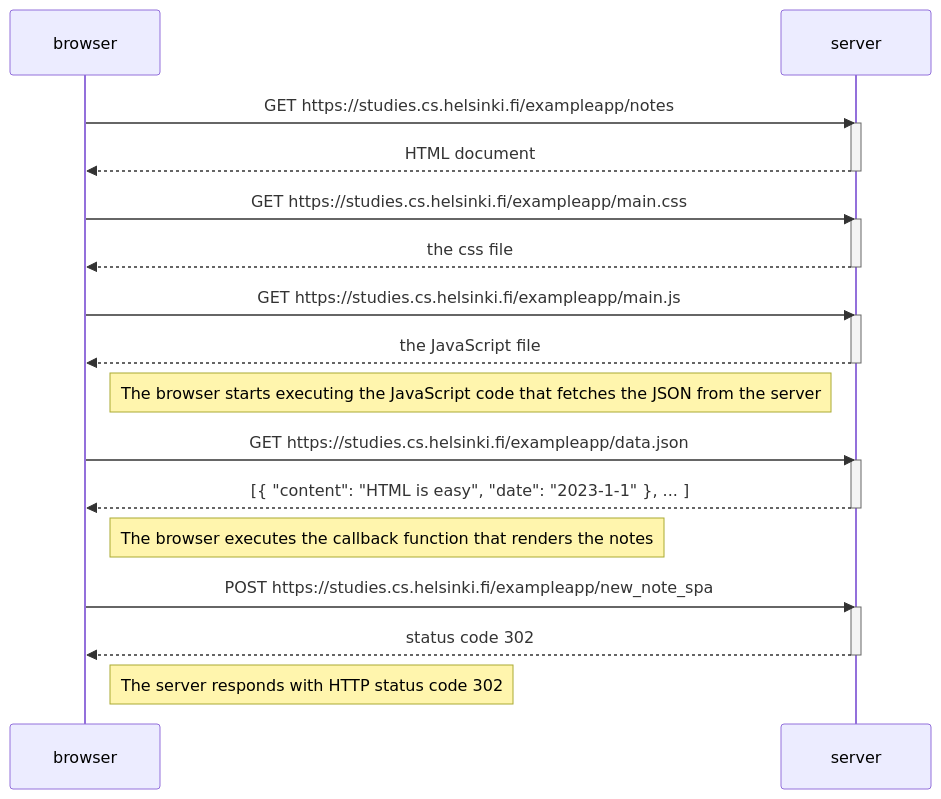
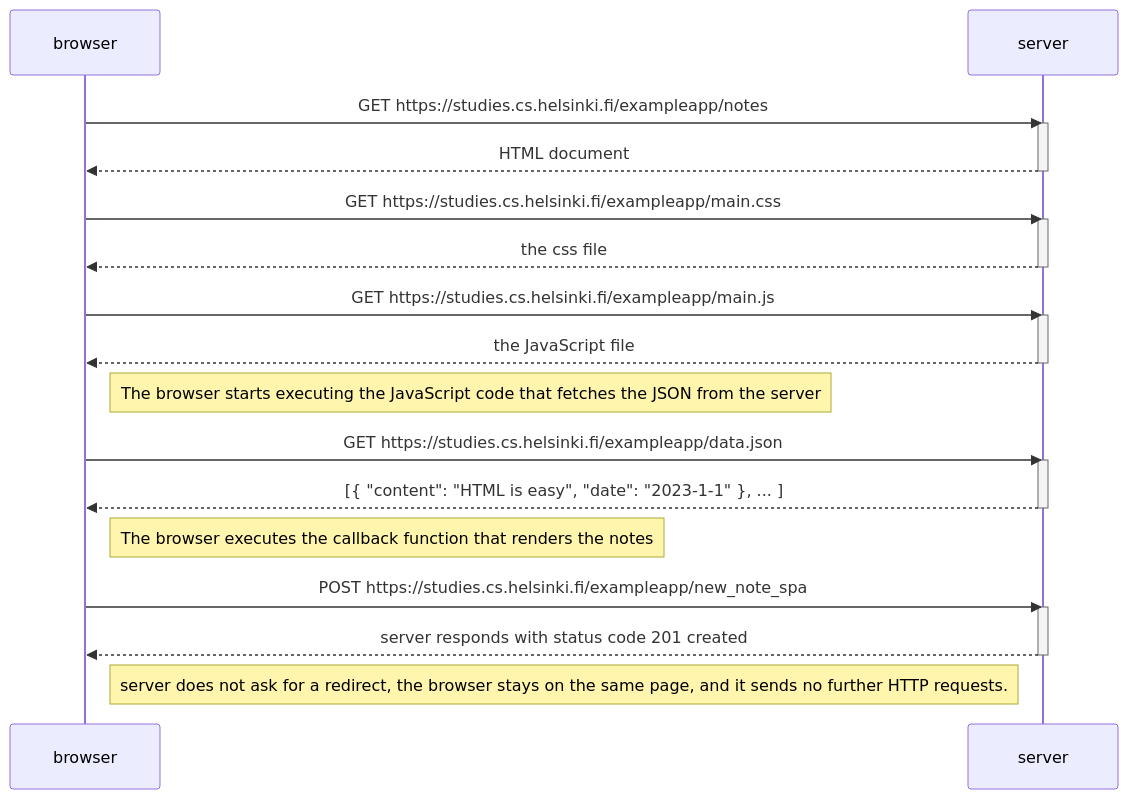
One commit to alifzwan/FullStack-Open changed the diagram in part0/single-app-page-diagram/README.md. Above: the diagram before and after it, drawn with Mermaid. The commit also changed other lines of this file, not shown here.

````diff
--- a/part0/single-app-page-diagram/README.md
+++ b/part0/single-app-page-diagram/README.md
@@ -62,38 +1,38 @@
 ```mermaid
 sequenceDiagram
-    participant browser
-    participant server
+participant browser
+participant server
 
-    browser->>server: GET https://studies.cs.helsinki.fi/exampleapp/notes
-    activate server
-    server-->>browser: HTML document
-    deactivate server
+browser->>server: GET https://studies.cs.helsinki.fi/exampleapp/notes
+activate server
+server-->>browser: HTML document
+deactivate server
 
-    browser->>server: GET https://studies.cs.helsinki.fi/exampleapp/main.css
-    activate server
-    server-->>browser: the css file
-    deactivate server
+browser->>server: GET https://studies.cs.helsinki.fi/exampleapp/main.css
+activate server
+server-->>browser: the css file
+deactivate server
 
-    browser->>server: GET https://studies.cs.helsinki.fi/exampleapp/main.js
-    activate server
-    server-->>browser: the JavaScript file
-    deactivate server
+browser->>server: GET https://studies.cs.helsinki.fi/exampleapp/main.js
+activate server
+server-->>browser: the JavaScript file
+deactivate server
 
-    Note right of browser: The browser starts executing the JavaScript code that fetches the JSON from the server
+Note right of browser: The browser starts executing the JavaScript code that fetches the JSON from the server
 
-    browser->>server: GET https://studies.cs.helsinki.fi/exampleapp/data.json
-    activate server
-    server-->>browser: [{ "content": "HTML is easy", "date": "2023-1-1" }, ... ]
-    deactivate server
+browser->>server: GET https://studies.cs.helsinki.fi/exampleapp/data.json
+activate server
+server-->>browser: [{ "content": "HTML is easy", "date": "2023-1-1" }, ... ]
+deactivate server
 
-    Note right of browser: The browser executes the callback function that renders the notes
+Note right of browser: The browser executes the callback function that renders the notes
 
-    browser->>server: POST https://studies.cs.helsinki.fi/exampleapp/new_note_spa
-    activate server
-    server-->>browser: status code 302
-    deactivate server
+browser->>server: POST https://studies.cs.helsinki.fi/exampleapp/new_note_spa
+activate server
+server-->>browser: server responds with status code 201 created
+deactivate server
 
-    Note right of browser: The server responds with HTTP status code 302
+Note right of browser: server does not ask for a redirect, the browser stays on the same page, and it sends no further HTTP requests.
 
-    
-``` 
+
+```
````
